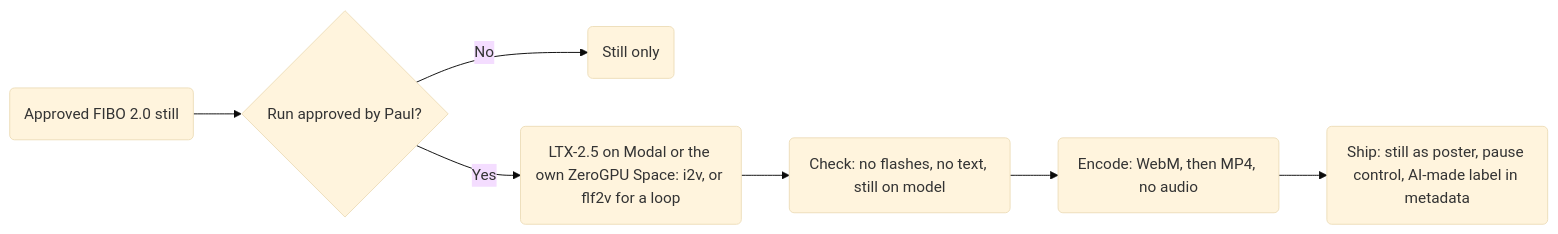
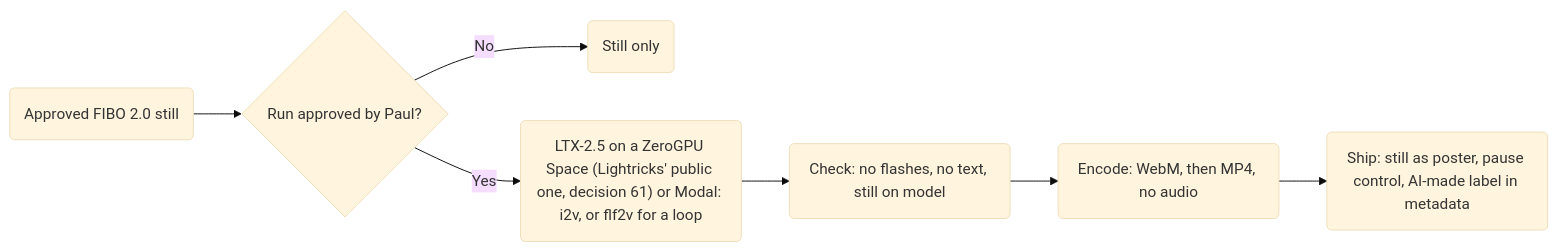
Before and after one commit to Colorado-Startups/brand: the diagram in art/motion/01-at-a-glance.md, drawn with Mermaid (base theme). The commit also changed 16 other files, not shown here.

````diff
--- a/art/motion/01-at-a-glance.md
+++ b/art/motion/01-at-a-glance.md
@@ -7,9 +7,9 @@
 ```mermaid
 flowchart LR
   S("Approved FIBO 2.0 still") --> R{"Run approved by Paul?"}
   R -->|"No"| X("Still only")
-  R -->|"Yes"| L("LTX-2.5 on Modal or the own ZeroGPU Space: i2v, or flf2v for a loop")
+  R -->|"Yes"| L("LTX-2.5 on a ZeroGPU Space (Lightricks' public one, decision 61) or Modal: i2v, or flf2v for a loop")
   L --> C("Check: no flashes, no text, still on model")
   C --> E("Encode: WebM, then MP4, no audio")
   E --> P("Ship: still as poster, pause control, AI-made label in metadata")
 ```
````
